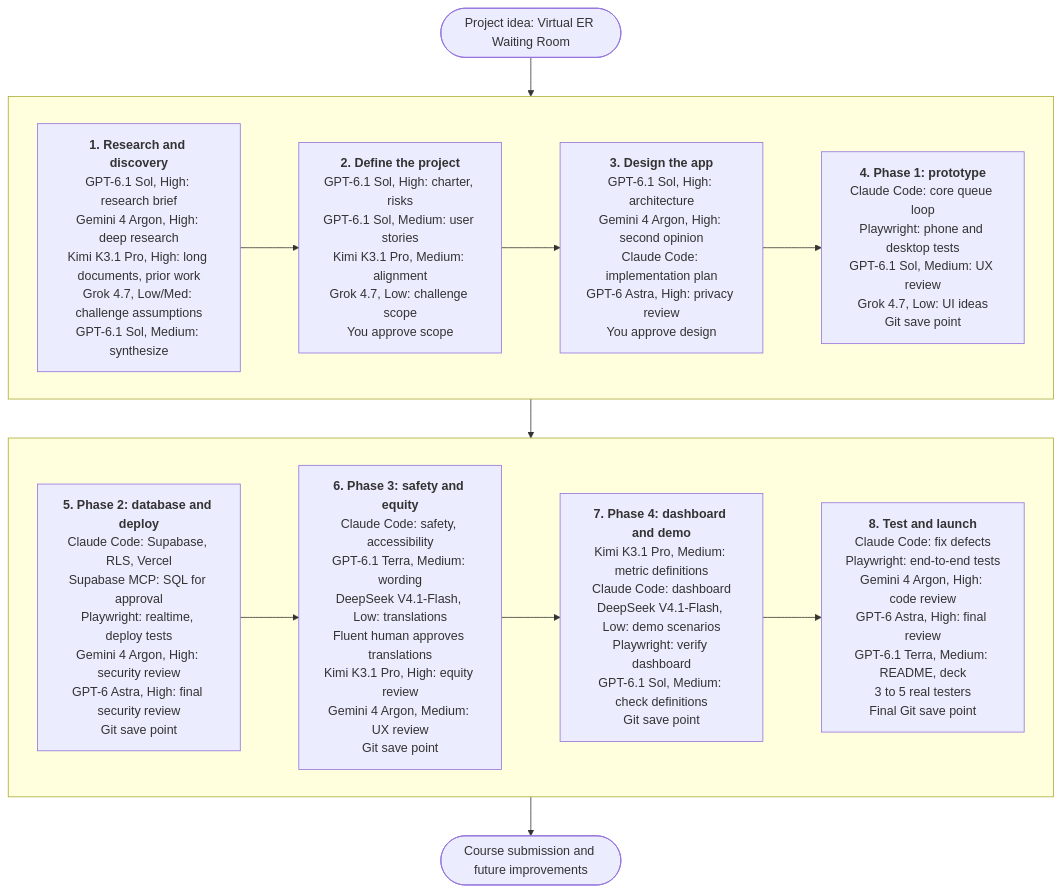
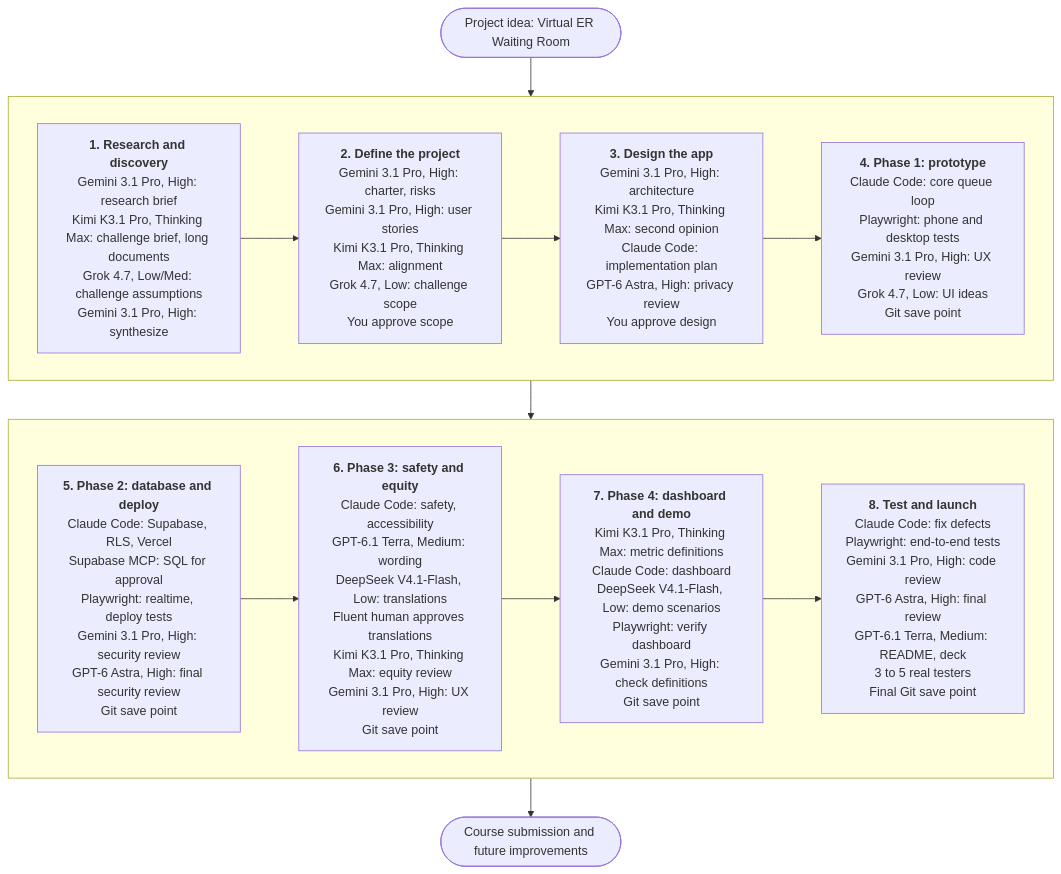
Before and after one commit to mgoldenitz/virtual-er: the diagram in ai_model_workflow_virtual_er.md, drawn with Mermaid. The commit also changed other lines of this file, not shown here.

Commit message:
Workflow file and diagram: Gemini 3.1 Pro replaces GPT-6.1 Sol and Gemini 4 Argon; Kimi K3.1 Pro runs at Thinking Max

````diff
--- a/ai_model_workflow_virtual_er.md
+++ b/ai_model_workflow_virtual_er.md
@@ -30,26 +30,26 @@
 ```mermaid
 flowchart TD
     A([Project idea: Virtual ER Waiting Room])
 
     subgraph R1[" "]
         direction LR
-        B["<b>1. Research and discovery</b><br>GPT-6.1 Sol, High: research brief<br>Gemini 4 Argon, High: deep research<br>Kimi K3.1 Pro, High: long documents, prior work<br>Grok 4.7, Low/Med: challenge assumptions<br>GPT-6.1 Sol, Medium: synthesize"]
-        C["<b>2. Define the project</b><br>GPT-6.1 Sol, High: charter, risks<br>GPT-6.1 Sol, Medium: user stories<br>Kimi K3.1 Pro, Medium: alignment<br>Grok 4.7, Low: challenge scope<br>You approve scope"]
-        D["<b>3. Design the app</b><br>GPT-6.1 Sol, High: architecture<br>Gemini 4 Argon, High: second opinion<br>Claude Code: implementation plan<br>GPT-6 Astra, High: privacy review<br>You approve design"]
-        E["<b>4. Phase 1: prototype</b><br>Claude Code: core queue loop<br>Playwright: phone and desktop tests<br>GPT-6.1 Sol, Medium: UX review<br>Grok 4.7, Low: UI ideas<br>Git save point"]
+        B["<b>1. Research and discovery</b><br>Gemini 3.1 Pro, High: research brief<br>Kimi K3.1 Pro, Thinking Max: challenge brief, long documents<br>Grok 4.7, Low/Med: challenge assumptions<br>Gemini 3.1 Pro, High: synthesize"]
+        C["<b>2. Define the project</b><br>Gemini 3.1 Pro, High: charter, risks<br>Gemini 3.1 Pro, High: user stories<br>Kimi K3.1 Pro, Thinking Max: alignment<br>Grok 4.7, Low: challenge scope<br>You approve scope"]
+        D["<b>3. Design the app</b><br>Gemini 3.1 Pro, High: architecture<br>Kimi K3.1 Pro, Thinking Max: second opinion<br>Claude Code: implementation plan<br>GPT-6 Astra, High: privacy review<br>You approve design"]
+        E["<b>4. Phase 1: prototype</b><br>Claude Code: core queue loop<br>Playwright: phone and desktop tests<br>Gemini 3.1 Pro, High: UX review<br>Grok 4.7, Low: UI ideas<br>Git save point"]
         B --> C --> D --> E
     end
 
     subgraph R2[" "]
         direction LR
-        F["<b>5. Phase 2: database and deploy</b><br>Claude Code: Supabase, RLS, Vercel<br>Supabase MCP: SQL for approval<br>Playwright: realtime, deploy tests<br>Gemini 4 Argon, High: security review<br>GPT-6 Astra, High: final security review<br>Git save point"]
-        G["<b>6. Phase 3: safety and equity</b><br>Claude Code: safety, accessibility<br>GPT-6.1 Terra, Medium: wording<br>DeepSeek V4.1-Flash, Low: translations<br>Fluent human approves translations<br>Kimi K3.1 Pro, High: equity review<br>Gemini 4 Argon, Medium: UX review<br>Git save point"]
-        H["<b>7. Phase 4: dashboard and demo</b><br>Kimi K3.1 Pro, Medium: metric definitions<br>Claude Code: dashboard<br>DeepSeek V4.1-Flash, Low: demo scenarios<br>Playwright: verify dashboard<br>GPT-6.1 Sol, Medium: check definitions<br>Git save point"]
-        I["<b>8. Test and launch</b><br>Claude Code: fix defects<br>Playwright: end-to-end tests<br>Gemini 4 Argon, High: code review<br>GPT-6 Astra, High: final review<br>GPT-6.1 Terra, Medium: README, deck<br>3 to 5 real testers<br>Final Git save point"]
+        F["<b>5. Phase 2: database and deploy</b><br>Claude Code: Supabase, RLS, Vercel<br>Supabase MCP: SQL for approval<br>Playwright: realtime, deploy tests<br>Gemini 3.1 Pro, High: security review<br>GPT-6 Astra, High: final security review<br>Git save point"]
+        G["<b>6. Phase 3: safety and equity</b><br>Claude Code: safety, accessibility<br>GPT-6.1 Terra, Medium: wording<br>DeepSeek V4.1-Flash, Low: translations<br>Fluent human approves translations<br>Kimi K3.1 Pro, Thinking Max: equity review<br>Gemini 3.1 Pro, High: UX review<br>Git save point"]
+        H["<b>7. Phase 4: dashboard and demo</b><br>Kimi K3.1 Pro, Thinking Max: metric definitions<br>Claude Code: dashboard<br>DeepSeek V4.1-Flash, Low: demo scenarios<br>Playwright: verify dashboard<br>Gemini 3.1 Pro, High: check definitions<br>Git save point"]
+        I["<b>8. Test and launch</b><br>Claude Code: fix defects<br>Playwright: end-to-end tests<br>Gemini 3.1 Pro, High: code review<br>GPT-6 Astra, High: final review<br>GPT-6.1 Terra, Medium: README, deck<br>3 to 5 real testers<br>Final Git save point"]
         F --> G --> H --> I
     end
 
     J([Course submission and future improvements])
 
     A --> R1 --> R2 --> J
 ```
````
